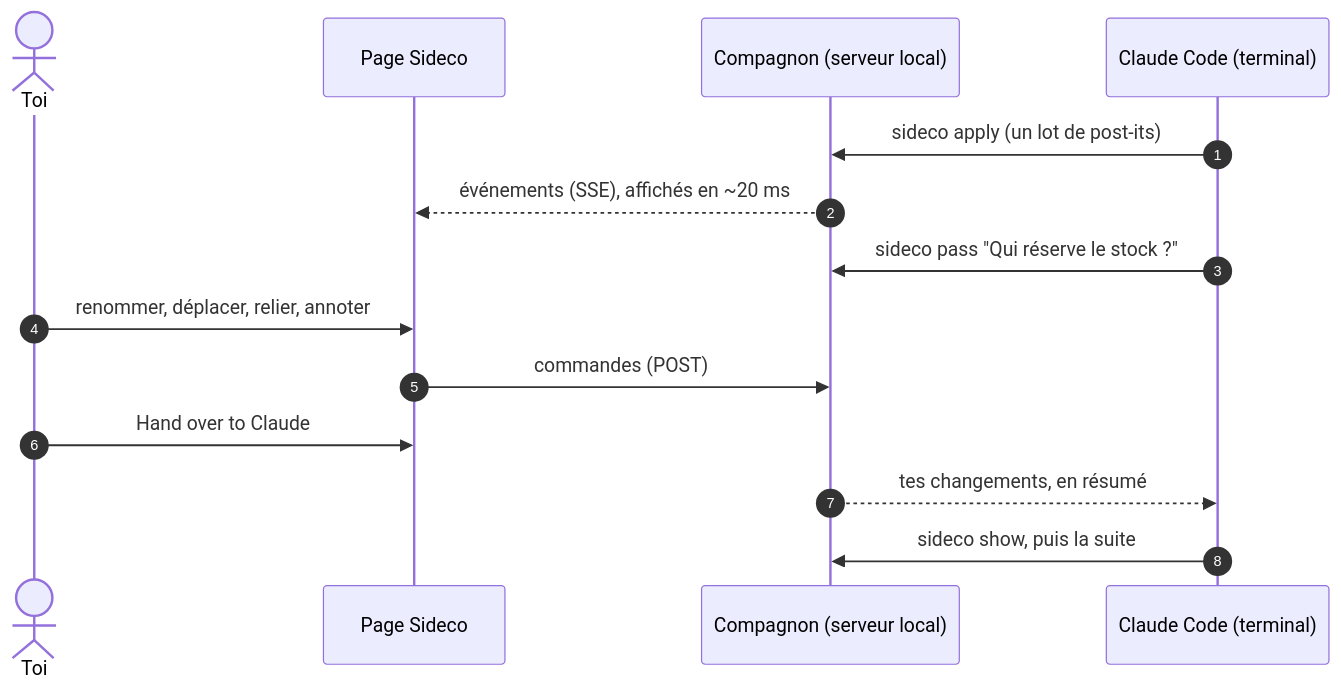
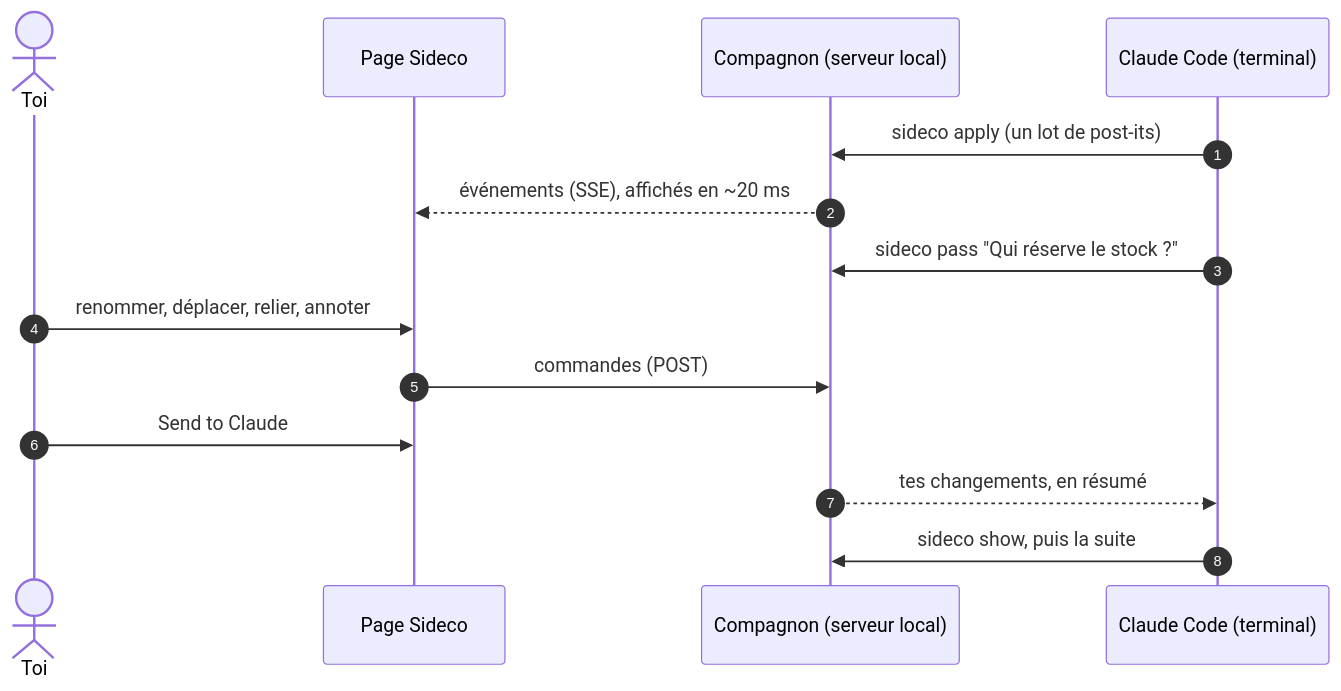
Before and after one commit to bastien-gallay/sideco: the first of 2 diagrams in docs/guide.fr.md, drawn with Mermaid. The commit also changed other lines of this file and 10 other files, not shown here.

First line of the commit message:
Say less and say it plainly: Send to Claude, Your turn, a one-row footer, a palette without its how-to paragraph

````diff
--- a/docs/guide.fr.md
+++ b/docs/guide.fr.md
@@ -57,17 +57,17 @@
 ```mermaid
 sequenceDiagram
     autonumber
     actor Toi
     participant Page as Page Sideco
     participant Sideco as Compagnon (serveur local)
     participant Claude as Claude Code (terminal)
 
     Claude->>Sideco: sideco apply (un lot de post-its)
     Sideco-->>Page: événements (SSE), affichés en ~20 ms
     Claude->>Sideco: sideco pass "Qui réserve le stock ?"
     Toi->>Page: renommer, déplacer, relier, annoter
     Page->>Sideco: commandes (POST)
-    Toi->>Page: Hand over to Claude
+    Toi->>Page: Send to Claude
     Sideco-->>Claude: tes changements, en résumé
     Claude->>Sideco: sideco show, puis la suite
 ```
````
